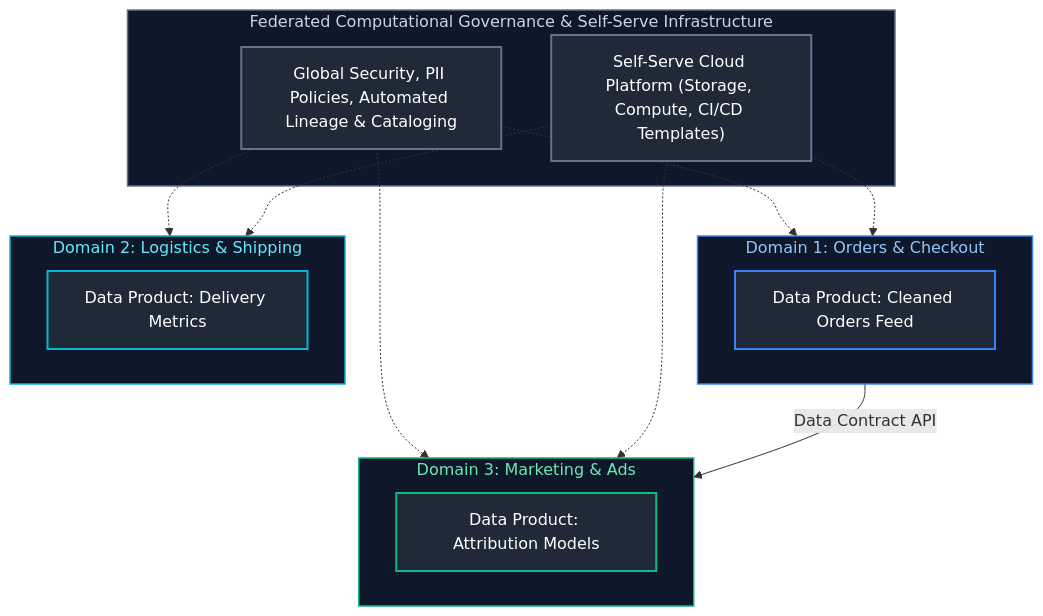
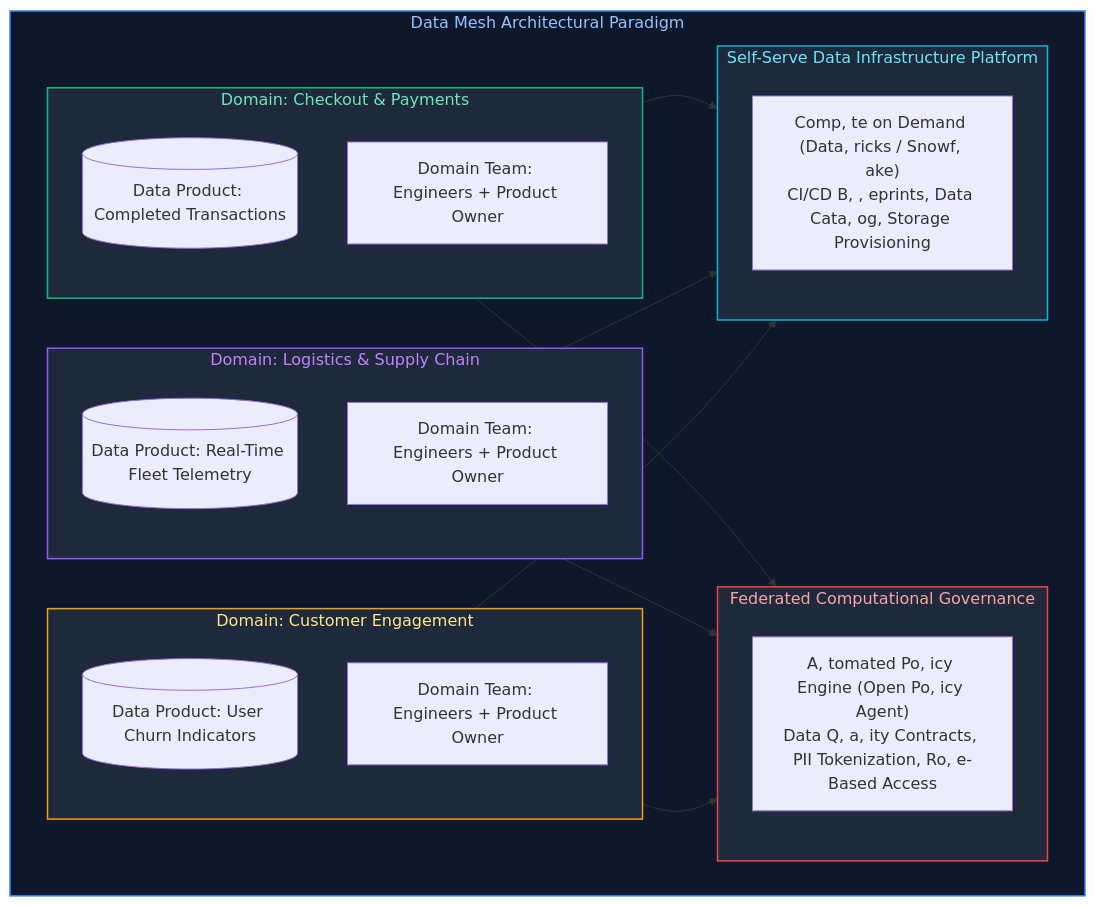
Before and after one commit to joydeep-biswas/Interview-Preparation: the eighth of 30 diagrams in Data Engineering/06_data_architecture_and_modeling.md, drawn with Mermaid. The commit also changed other lines of this file and 143 other files, not shown here.

````diff
--- a/Data Engineering/06_data_architecture_and_modeling.md
+++ b/Data Engineering/06_data_architecture_and_modeling.md
@@ -382,33 +430,42 @@
 ```mermaid
 flowchart TD
-    subgraph GovernancePlatform ["Federated Computational Governance & Self-Serve Infrastructure"]
-        Gov["Global Security, PII Policies, Automated Lineage & Cataloging"]
-        Infra["Self-Serve Cloud Platform (Storage, Compute, CI/CD Templates)"]
+    subgraph DataMeshEcosystem ["Data Mesh Architectural Paradigm"]
+        subgraph Domain1 ["Domain: Checkout & Payments"]
+            P1[("Data Product: Completed Transactions")]
+            Team1["Domain Team: Engineers + Product Owner"]
+        end
+
+        subgraph Domain2 ["Domain: Logistics & Supply Chain"]
+            P2[("Data Product: Real-Time Fleet Telemetry")]
+            Team2["Domain Team: Engineers + Product Owner"]
+        end
+
+        subgraph Domain3 ["Domain: Customer Engagement"]
+            P3[("Data Product: User Churn Indicators")]
+            Team3["Domain Team: Engineers + Product Owner"]
+        end
+
+        subgraph FederatedGovernance ["Federated Computational Governance"]
+            Gov["A, tomated Po, icy Engine (Open Po, icy Agent)<br/>Data Q, a, ity Contracts, PII Tokenization, Ro, e-Based Access"]
+        end
+
+        subgraph SelfServePlatform ["Self-Serve Data Infrastructure Platform"]
+            Infra["Comp, te on Demand (Data, ricks / Snowf, ake)<br/>CI/CD B, , eprints, Data Cata, og, Storage Provisioning"]
+        end
     end
 
-    subgraph DomainA ["Domain 1: Orders & Checkout"]
-        P1["Data Product: Cleaned Orders Feed"]
-    end
+    Domain1 --> FederatedGovernance
+    Domain2 --> FederatedGovernance
+    Domain3 --> FederatedGovernance
 
-    subgraph DomainB ["Domain 2: Logistics & Shipping"]
-        P2["Data Product: Delivery Metrics"]
-    end
+    Domain1 --> SelfServePlatform
+    Domain2 --> SelfServePlatform
+    Domain3 --> SelfServePlatform
 
-    subgraph DomainC ["Domain 3: Marketing & Ads"]
-        P3["Data Product: Attribution Models"]
-    end
-
-    Gov & Infra -.-> DomainA & DomainB & DomainC
-    DomainA -->|Data Contract API| DomainC
-
-    style GovernancePlatform fill:#0f172a,stroke:#64748b,stroke-width:1.5px,color:#cbd5e1
-    style DomainA fill:#0f172a,stroke:#3b82f6,stroke-width:1.5px,color:#93c5fd
-    style DomainB fill:#0f172a,stroke:#06b6d4,stroke-width:1.5px,color:#67e8f9
-    style DomainC fill:#0f172a,stroke:#10b981,stroke-width:1.5px,color:#6ee7b7
-
-    style Gov fill:#1f2937,stroke:#64748b,stroke-width:2px,color:#fff
-    style Infra fill:#1f2937,stroke:#64748b,stroke-width:2px,color:#fff
-    style P1 fill:#1f2937,stroke:#3b82f6,stroke-width:2px,color:#fff
-    style P2 fill:#1f2937,stroke:#06b6d4,stroke-width:2px,color:#fff
-    style P3 fill:#1f2937,stroke:#10b981,stroke-width:2px,color:#fff
+    style DataMeshEcosystem fill:#0f172a,stroke:#3b82f6,stroke-width:1.5px,color:#93c5fd
+    style Domain1 fill:#1e293b,stroke:#10b981,stroke-width:1.5px,color:#6ee7b7
+    style Domain2 fill:#1e293b,stroke:#8b5cf6,stroke-width:1.5px,color:#c084fc
+    style Domain3 fill:#1e293b,stroke:#f59e0b,stroke-width:1.5px,color:#fde68a
+    style FederatedGovernance fill:#1e293b,stroke:#ef4444,stroke-width:1.5px,color:#fca5a5
+    style SelfServePlatform fill:#1e293b,stroke:#06b6d4,stroke-width:1.5px,color:#67e8f9
 ```
````
